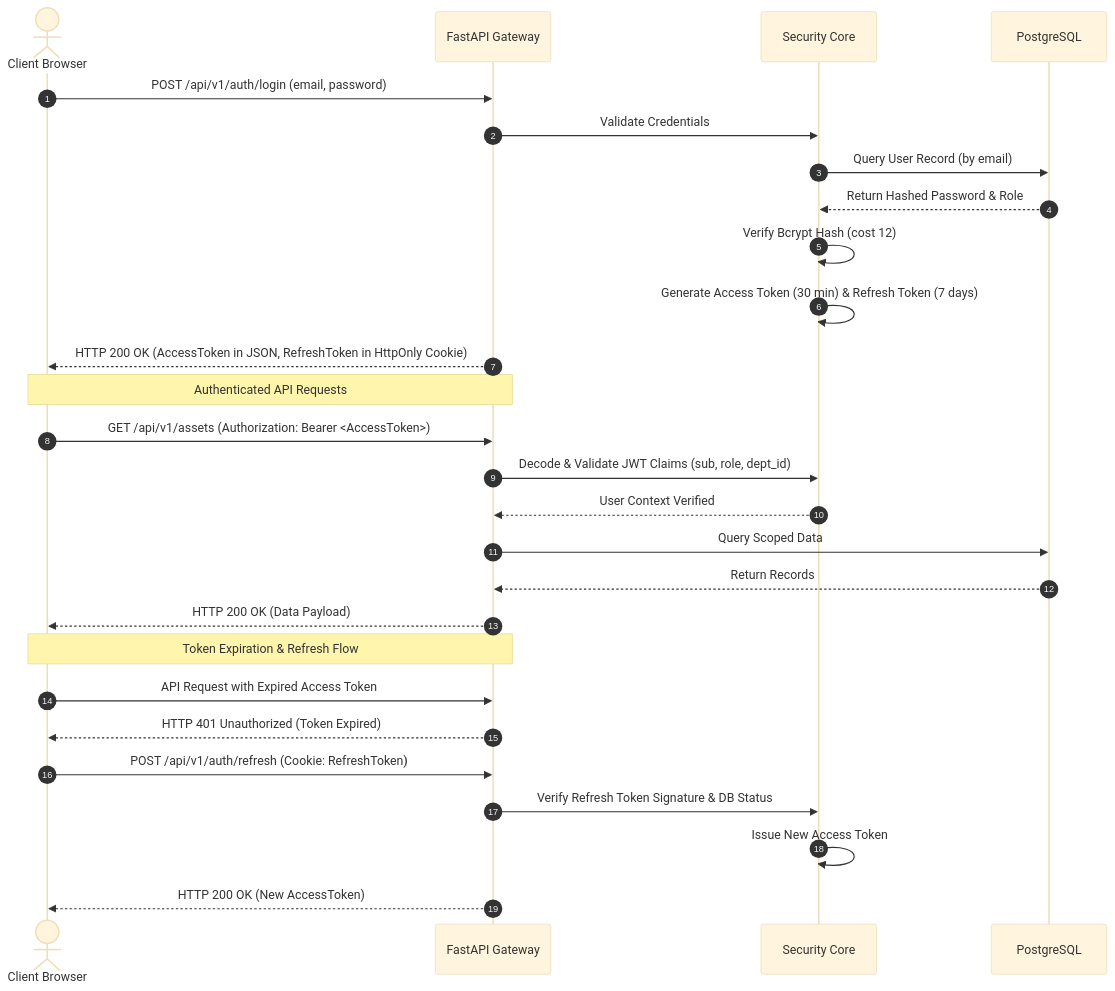
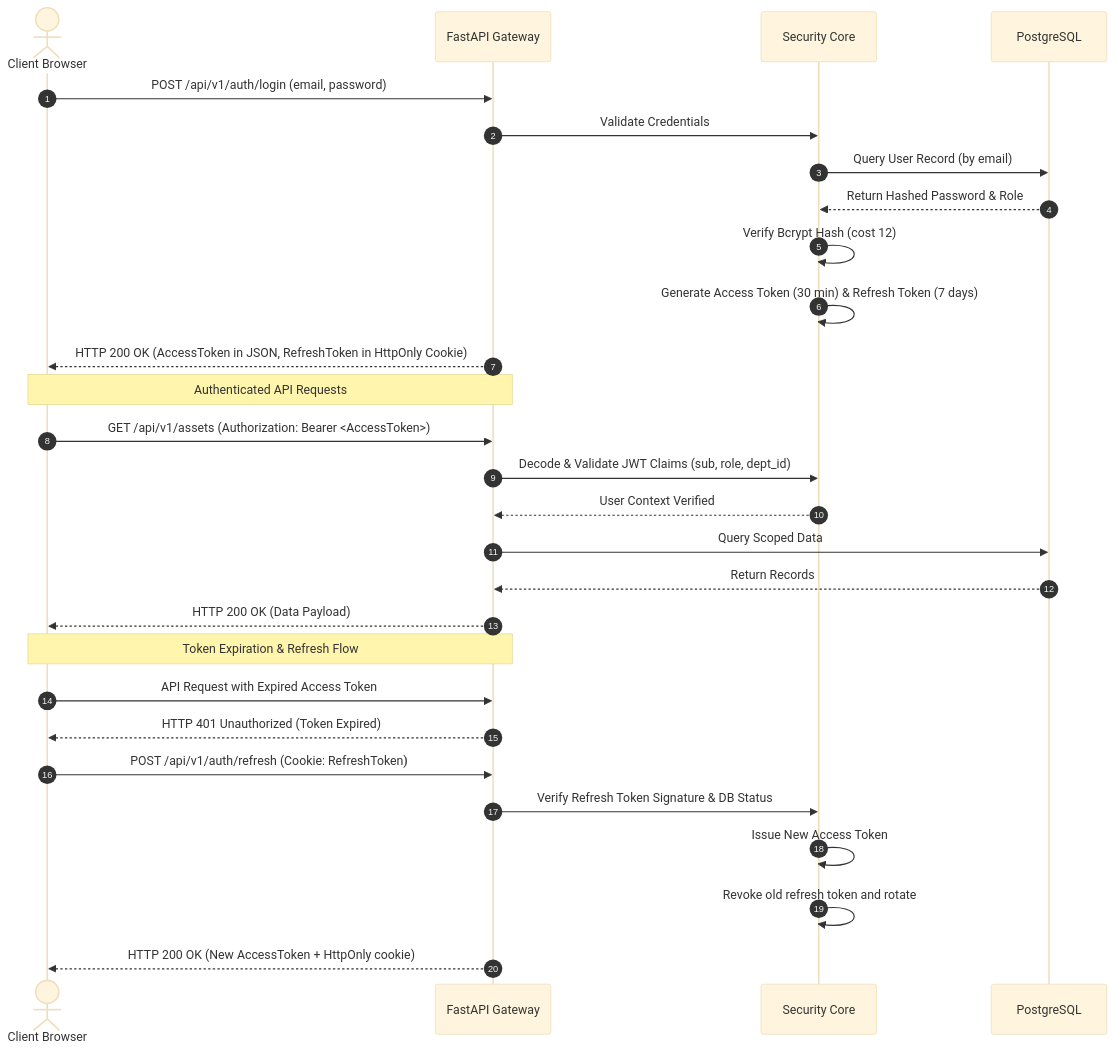
Before and after one commit to 1Feycode/laboratory-management-system-for-haramaya-university: the diagram in docs/architecture/06-authentication-and-security.md, drawn with Mermaid (base theme). The commit also changed other lines of this file and 78 other files, not shown here.

````diff
--- a/docs/architecture/06-authentication-and-security.md
+++ b/docs/architecture/06-authentication-and-security.md
@@ -16,32 +24,33 @@
 ```mermaid
 sequenceDiagram
     autonumber
     actor User as Client Browser
     participant API as FastAPI Gateway
     participant Auth as Security Core
     participant DB as PostgreSQL
 
     User->>API: POST /api/v1/auth/login (email, password)
     API->>Auth: Validate Credentials
     Auth->>DB: Query User Record (by email)
     DB-->>Auth: Return Hashed Password & Role
     Auth->>Auth: Verify Bcrypt Hash (cost 12)
     Auth->>Auth: Generate Access Token (30 min) & Refresh Token (7 days)
     API-->>User: HTTP 200 OK (AccessToken in JSON, RefreshToken in HttpOnly Cookie)
     
     Note over User, API: Authenticated API Requests
     User->>API: GET /api/v1/assets (Authorization: Bearer <AccessToken>)
     API->>Auth: Decode & Validate JWT Claims (sub, role, dept_id)
     Auth-->>API: User Context Verified
     API->>DB: Query Scoped Data
     DB-->>API: Return Records
     API-->>User: HTTP 200 OK (Data Payload)
 
     Note over User, API: Token Expiration & Refresh Flow
     User->>API: API Request with Expired Access Token
     API-->>User: HTTP 401 Unauthorized (Token Expired)
     User->>API: POST /api/v1/auth/refresh (Cookie: RefreshToken)
     API->>Auth: Verify Refresh Token Signature & DB Status
     Auth->>Auth: Issue New Access Token
-    API-->>User: HTTP 200 OK (New AccessToken)
+    Auth->>Auth: Revoke old refresh token and rotate
+    API-->>User: HTTP 200 OK (New AccessToken + HttpOnly cookie)
 ```
````
